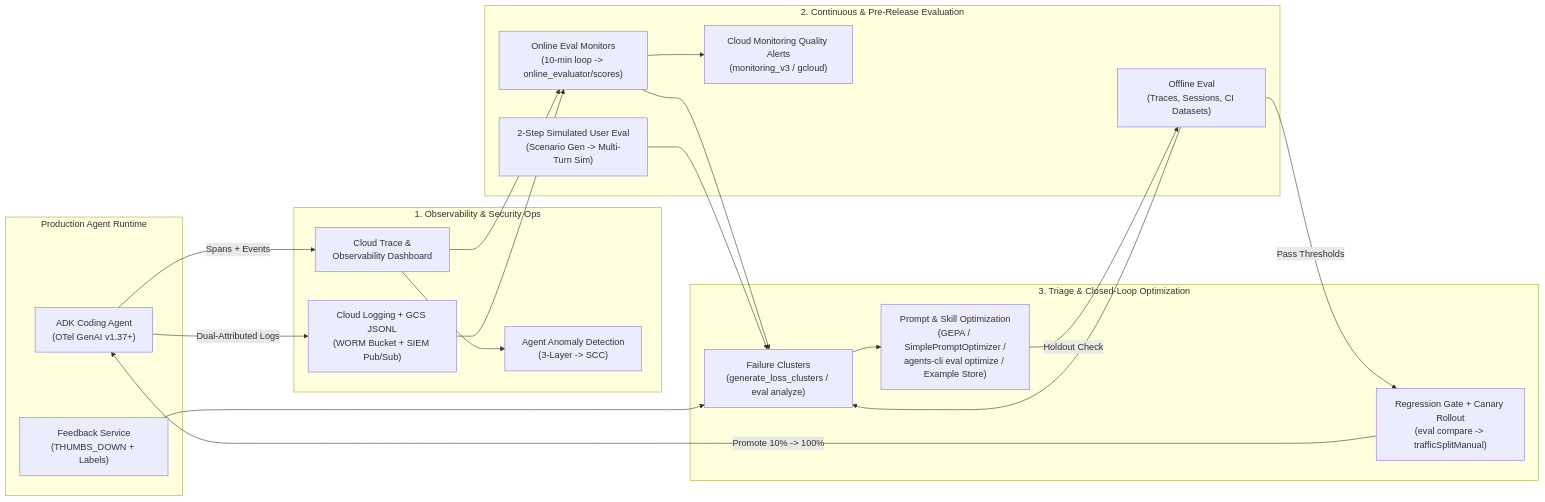
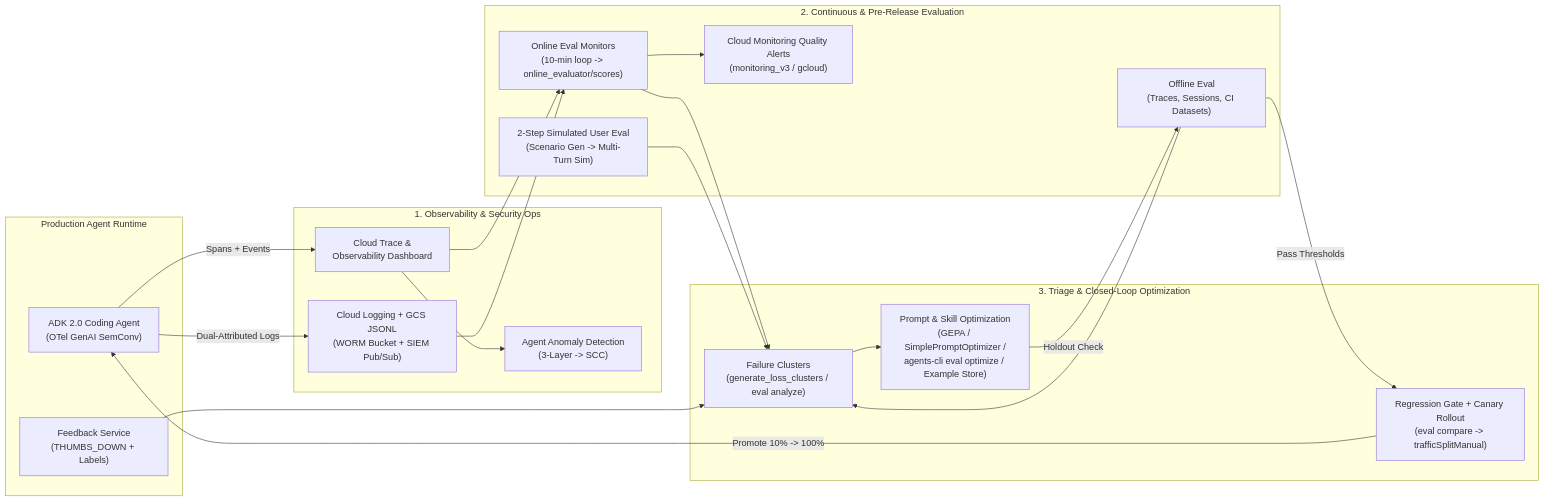
One commit to jiratouchmhp/coding-agent-workshop changed the diagram in workshop/06-LAB-OPTIMIZE-EVAL-AND-ALERTS.md. Above: the diagram before and after it, drawn with Mermaid. The commit also changed other lines of this file and 57 other files, not shown here.

Commit message:
Standardize workshop strictly on ADK 2.0+ and latest Agent Platform APIs

````diff
--- a/workshop/06-LAB-OPTIMIZE-EVAL-AND-ALERTS.md
+++ b/workshop/06-LAB-OPTIMIZE-EVAL-AND-ALERTS.md
@@ -34,41 +34,41 @@
 ```mermaid
 flowchart LR
     subgraph Prod["Production Agent Runtime"]
-        Agent["ADK Coding Agent<br/>(OTel GenAI v1.37+)"]
+        Agent["ADK 2.0 Coding Agent<br/>(OTel GenAI SemConv)"]
         Feedback["Feedback Service<br/>(THUMBS_DOWN + Labels)"]
     end
 
     subgraph Obs["1. Observability & Security Ops"]
         Trace["Cloud Trace &<br/>Observability Dashboard"]
         Logs["Cloud Logging + GCS JSONL<br/>(WORM Bucket + SIEM Pub/Sub)"]
         Anom["Agent Anomaly Detection<br/>(3-Layer -> SCC)"]
     end
 
     subgraph Eval["2. Continuous & Pre-Release Evaluation"]
         Online["Online Eval Monitors<br/>(10-min loop -> online_evaluator/scores)"]
         Alerts["Cloud Monitoring Quality Alerts<br/>(monitoring_v3 / gcloud)"]
         Offline["Offline Eval<br/>(Traces, Sessions, CI Datasets)"]
         Sim["2-Step Simulated User Eval<br/>(Scenario Gen -> Multi-Turn Sim)"]
     end
 
     subgraph Fix["3. Triage & Closed-Loop Optimization"]
         Clusters["Failure Clusters<br/>(generate_loss_clusters / eval analyze)"]
         Opt["Prompt & Skill Optimization<br/>(GEPA / SimplePromptOptimizer /<br/>agents-cli eval optimize / Example Store)"]
         Canary["Regression Gate + Canary Rollout<br/>(eval compare -> trafficSplitManual)"]
     end
 
     Agent -->|"Spans + Events"| Trace
     Agent -->|"Dual-Attributed Logs"| Logs
     Trace --> Anom
     Trace --> Online
     Logs --> Online
     Online --> Alerts
     Online --> Clusters
     Feedback --> Clusters
     Offline --> Clusters
     Sim --> Clusters
     Clusters --> Opt
     Opt -->|"Holdout Check"| Offline
     Offline -->|"Pass Thresholds"| Canary
     Canary -->|"Promote 10% -> 100%"| Agent
 ```
````
